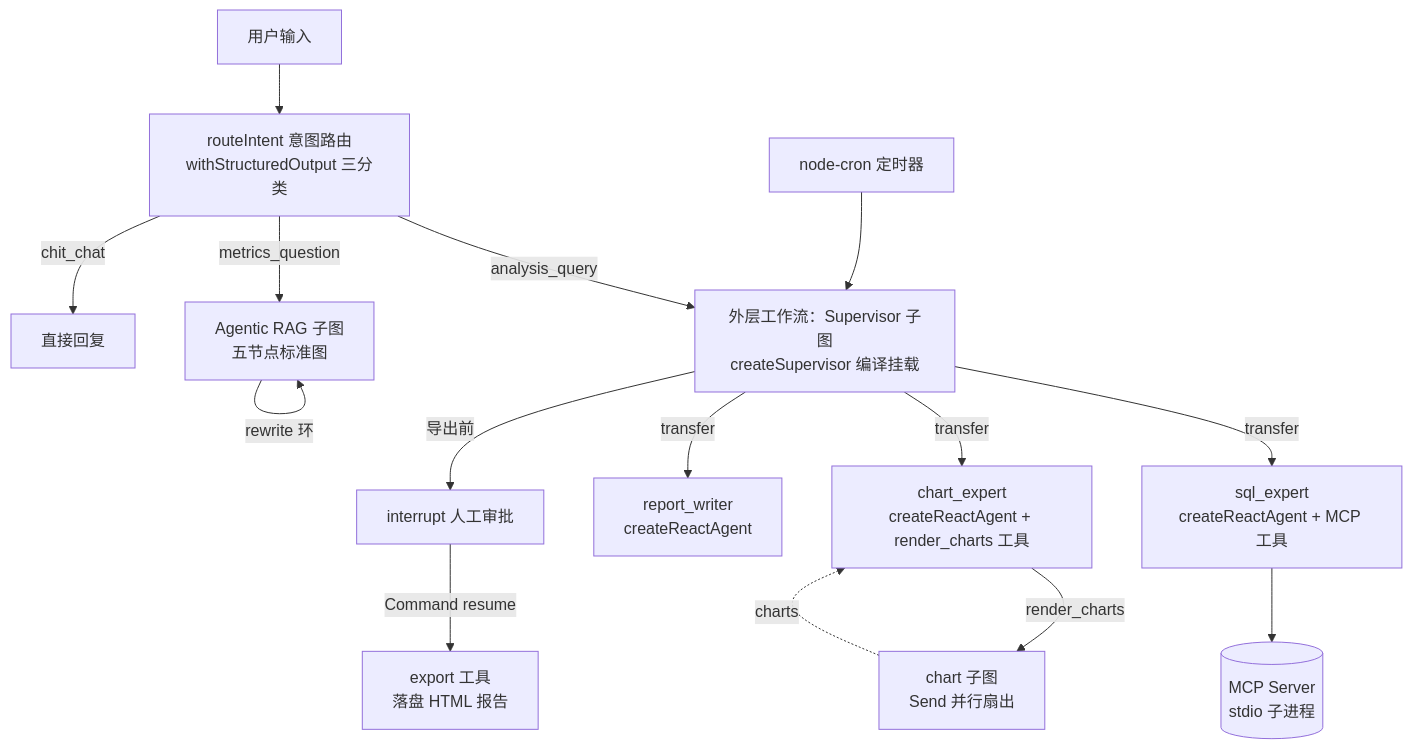
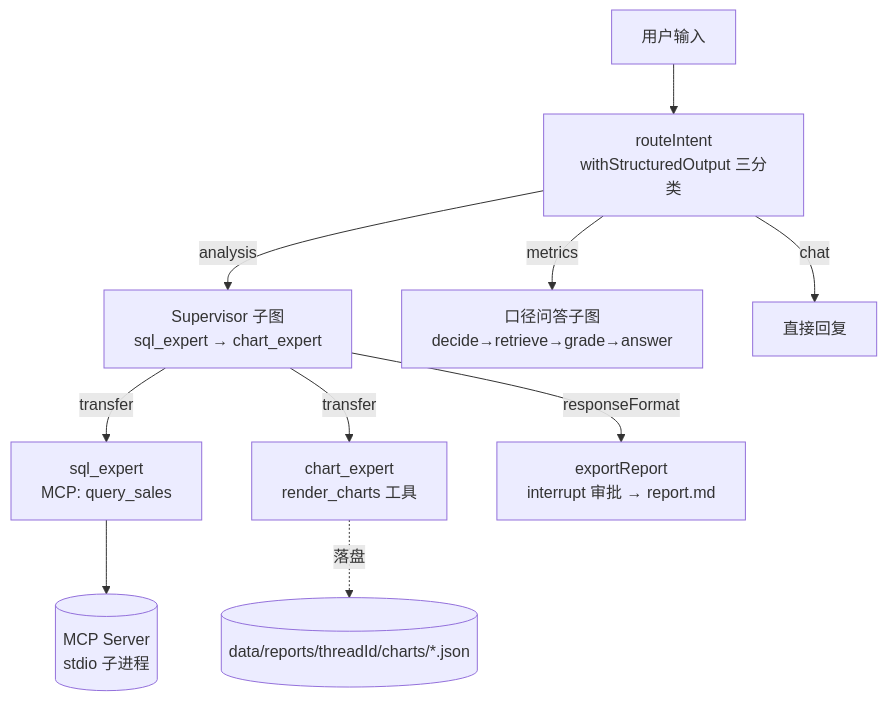
One commit to belos-street/kb-vault changed the first of 2 diagrams in src/artificial-intelligence/agent/agent-fullstack/projects/03-data-analysis/README.md. Above: the diagram before and after it, drawn with Mermaid. The commit also changed other lines of this file and 33 other files, not shown here.

````diff
--- a/src/artificial-intelligence/agent/agent-fullstack/projects/03-data-analysis/README.md
+++ b/src/artificial-intelligence/agent/agent-fullstack/projects/03-data-analysis/README.md
@@ -81,17 +83,12 @@
 ```mermaid
 flowchart TB
-    U[用户输入] --> RI[routeIntent 意图路由<br/>withStructuredOutput 三分类]
-    RI -->|analysis_query| WF[外层工作流：Supervisor 子图<br/>createSupervisor 编译挂载]
-    RI -->|metrics_question| RAG[Agentic RAG 子图<br/>五节点标准图]
-    RI -->|chit_chat| RC[直接回复]
-    WF -->|transfer| SQL[sql_expert<br/>createReactAgent + MCP 工具]
-    WF -->|transfer| CHT[chart_expert<br/>createReactAgent + render_charts 工具]
-    CHT -->|render_charts| CG[chart 子图<br/>Send 并行扇出]
-    CG -.->|charts| CHT
-    WF -->|transfer| RPT[report_writer<br/>createReactAgent]
+    U[用户输入] --> RI[routeIntent<br/>withStructuredOutput 三分类]
+    RI -->|analysis| SUP[Supervisor 子图<br/>sql_expert → chart_expert]
+    RI -->|metrics| RAG[口径问答子图<br/>decide→retrieve→grade→answer]
+    RI -->|chat| RC[直接回复]
+    SUP -->|transfer| SQL[sql_expert<br/>MCP: query_sales]
+    SUP -->|transfer| CHT[chart_expert<br/>render_charts 工具]
+    CHT -.->|落盘| FILES[(data/reports/threadId/charts/*.json)]
     SQL --> MCP[(MCP Server<br/>stdio 子进程)]
-    RAG -->|rewrite 环| RAG
-    WF -->|导出前| HITL[interrupt 人工审批]
-    HITL -->|Command resume| EXP[export 工具<br/>落盘 HTML 报告]
-    CRON[node-cron 定时器] --> WF
+    SUP -->|responseFormat| EXP[exportReport<br/>interrupt 审批 → report.md]
 ```
````
